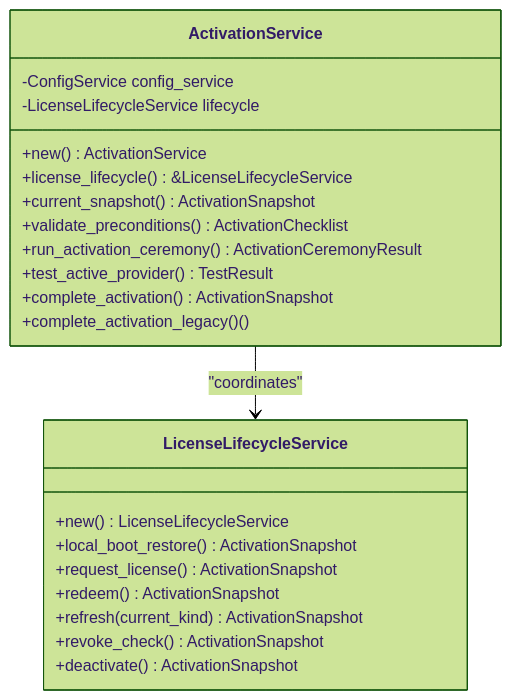
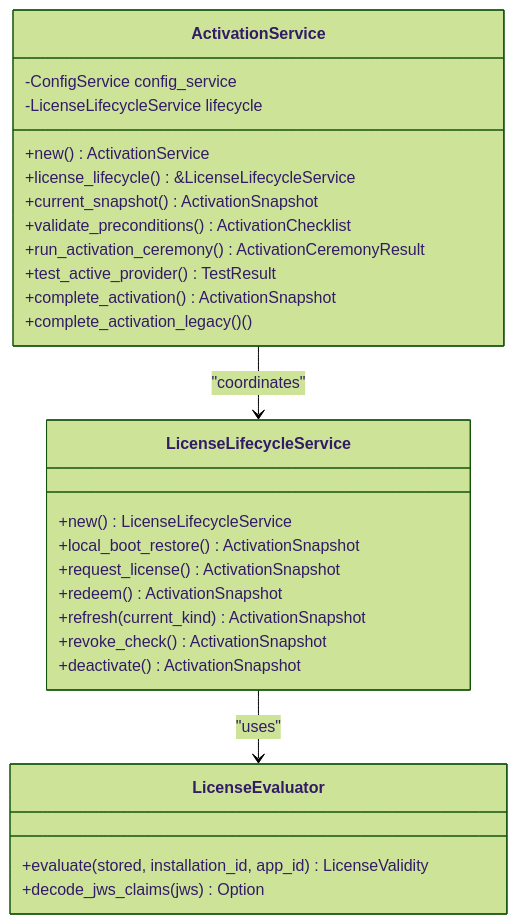
The third of 6 diagrams in .qoder/repowiki/en/content/Backend System (Rust)/Module Architecture & Design/Application Layer/Activation Service.md (novolei/if2Ai), drawn with Mermaid (forest theme) before and after one commit. The commit also changed other lines of this file and 32 other files, not shown here.

````diff
--- a/.qoder/repowiki/en/content/Backend System (Rust)/Module Architecture & Design/Application Layer/Activation Service.md
+++ b/.qoder/repowiki/en/content/Backend System (Rust)/Module Architecture & Design/Application Layer/Activation Service.md
@@ -143,25 +184,30 @@
 ```mermaid
 classDiagram
 class ActivationService {
 -ConfigService config_service
 -LicenseLifecycleService lifecycle
 +new() ActivationService
 +license_lifecycle() &LicenseLifecycleService
 +current_snapshot() ActivationSnapshot
 +validate_preconditions() ActivationChecklist
 +run_activation_ceremony() ActivationCeremonyResult
 +test_active_provider() TestResult
 +complete_activation() ActivationSnapshot
 +complete_activation_legacy() ()
 }
 class LicenseLifecycleService {
 +new() LicenseLifecycleService
 +local_boot_restore() ActivationSnapshot
 +request_license() ActivationSnapshot
 +redeem() ActivationSnapshot
 +refresh(current_kind) ActivationSnapshot
 +revoke_check() ActivationSnapshot
 +deactivate() ActivationSnapshot
 }
+class LicenseEvaluator {
++evaluate(stored, installation_id, app_id) LicenseValidity
++decode_jws_claims(jws) Option<LicenseClaims>
+}
 ActivationService --> LicenseLifecycleService : "coordinates"
+LicenseLifecycleService --> LicenseEvaluator : "uses"
 ```
````
